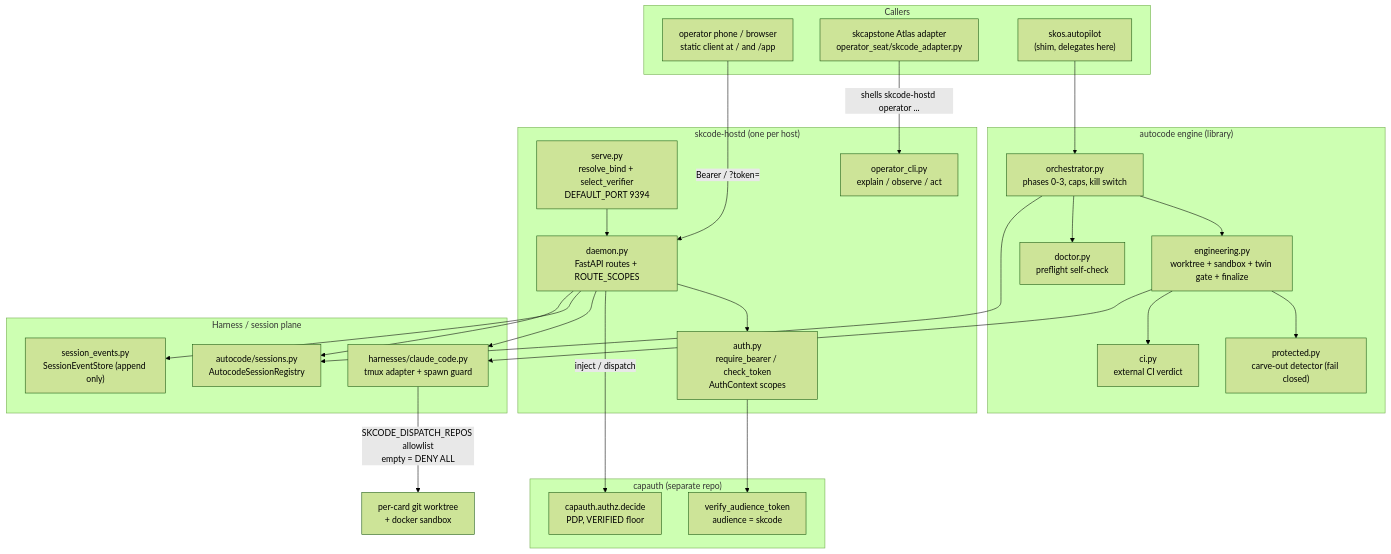
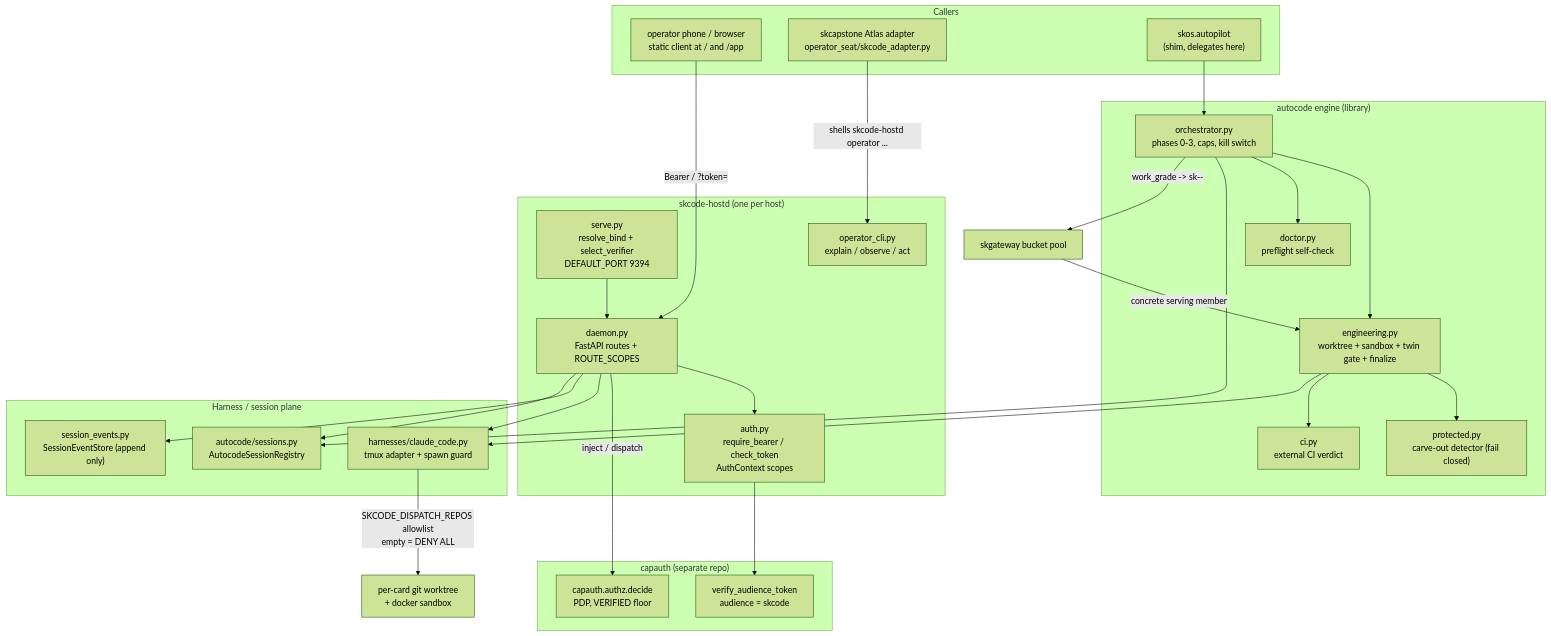
The diagram in SOP.md (smilinTux/skharness), drawn with Mermaid (forest theme) before and after one commit. The commit also changed other lines of this file and 1 other file, not shown here.

Commit message:
docs(sop): document t-shirt bucket dispatch

````diff
--- a/SOP.md
+++ b/SOP.md
@@ -57,55 +57,58 @@
 ```mermaid
 flowchart TD
     subgraph clients["Callers"]
         Phone["operator phone / browser<br/>static client at / and /app"]
         Atlas["skcapstone Atlas adapter<br/>operator_seat/skcode_adapter.py"]
         SKOS["skos.autopilot<br/>(shim, delegates here)"]
     end
 
     subgraph hostd["skcode-hostd (one per host)"]
         Serve["serve.py<br/>resolve_bind + select_verifier<br/>DEFAULT_PORT 9394"]
         Daemon["daemon.py<br/>FastAPI routes + ROUTE_SCOPES"]
         Auth["auth.py<br/>require_bearer / check_token<br/>AuthContext scopes"]
         OpCLI["operator_cli.py<br/>explain / observe / act"]
     end
 
     subgraph capauth["capauth (separate repo)"]
         Verify["verify_audience_token<br/>audience = skcode"]
         PDP["capauth.authz.decide<br/>PDP, VERIFIED floor"]
     end
 
     subgraph engine["autocode engine (library)"]
         Orch["orchestrator.py<br/>phases 0-3, caps, kill switch"]
         Eng["engineering.py<br/>worktree + sandbox + twin gate + finalize"]
         Prot["protected.py<br/>carve-out detector (fail closed)"]
         CI["ci.py<br/>external CI verdict"]
         Doctor["doctor.py<br/>preflight self-check"]
     end
 
     subgraph plane["Harness / session plane"]
         CC["harnesses/claude_code.py<br/>tmux adapter + spawn guard"]
         Store["session_events.py<br/>SessionEventStore (append only)"]
         Reg["autocode/sessions.py<br/>AutocodeSessionRegistry"]
     end
 
     Phone -->|"Bearer / ?token="| Daemon
     Atlas -->|"shells skcode-hostd operator ..."| OpCLI
     SKOS --> Orch
 
     Serve --> Daemon
     Daemon --> Auth
     Auth --> Verify
     Daemon -->|"inject / dispatch"| PDP
     Daemon --> CC
     Daemon --> Store
     Daemon --> Reg
 
     Orch --> Eng
     Eng --> Prot
     Eng --> CI
     Orch --> Doctor
     Eng --> CC
     Orch --> Reg
 
+    Orch -->|"work_grade -> sk-<class>-<sensitivity>"| SKGW["skgateway bucket pool"]
+    SKGW -->|"concrete serving member"| Eng
+
     CC -->|"SKCODE_DISPATCH_REPOS allowlist<br/>empty = DENY ALL"| Worktree["per-card git worktree<br/>+ docker sandbox"]
 ```
````
